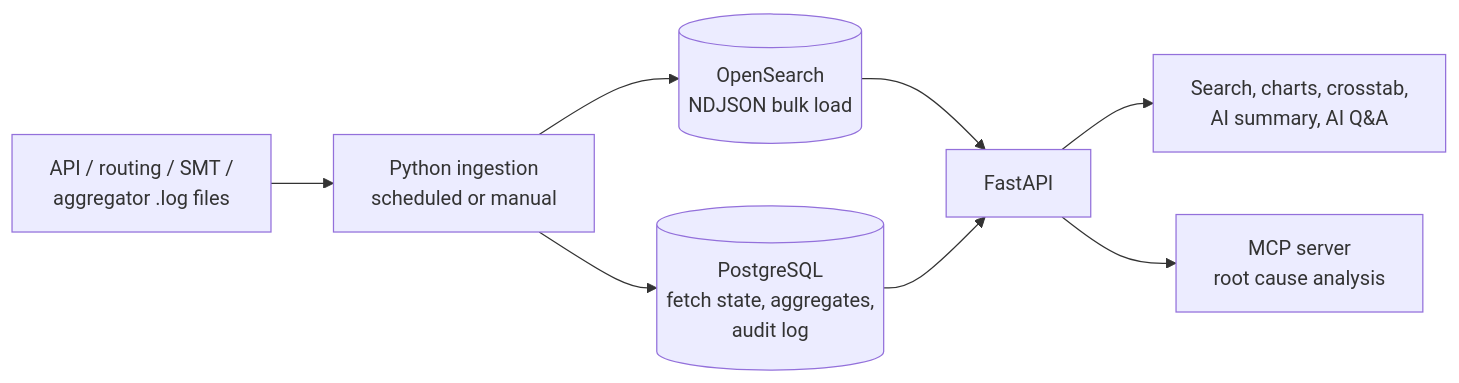
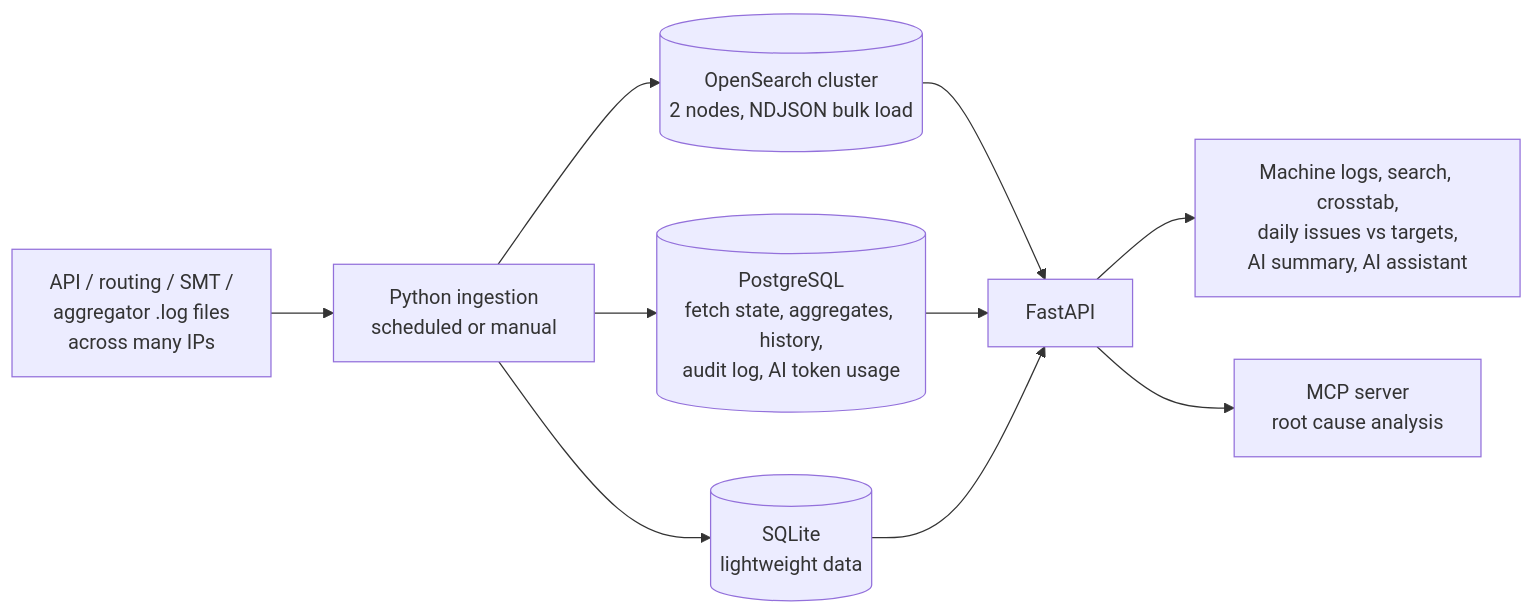
The fourth of 11 diagrams in README.md (raven-clown/raven-clown), drawn with Mermaid before and after one commit. The commit also changed other lines of this file and 2 other files, not shown here.

````diff
--- a/README.md
+++ b/README.md
@@ -274,10 +278,12 @@
 ```mermaid
 flowchart LR
-    Src["API / routing / SMT /\naggregator .log files"] --> Ingest["Python ingestion\nscheduled or manual"]
-    Ingest --> OS[("OpenSearch\nNDJSON bulk load")]
-    Ingest --> PG[("PostgreSQL\nfetch state, aggregates,\naudit log")]
+    Src["API / routing / SMT /\naggregator .log files\nacross many IPs"] --> Ingest["Python ingestion\nscheduled or manual"]
+    Ingest --> OS[("OpenSearch cluster\n2 nodes, NDJSON bulk load")]
+    Ingest --> PG[("PostgreSQL\nfetch state, aggregates, history,\naudit log, AI token usage")]
+    Ingest --> Lite[("SQLite\nlightweight data")]
     OS --> API["FastAPI"]
     PG --> API
-    API --> UI["Search, charts, crosstab,\nAI summary, AI Q&A"]
+    Lite --> API
+    API --> UI["Machine logs, search, crosstab,\ndaily issues vs targets,\nAI summary, AI assistant"]
     API --> MCP["MCP server\nroot cause analysis"]
 ```
````
